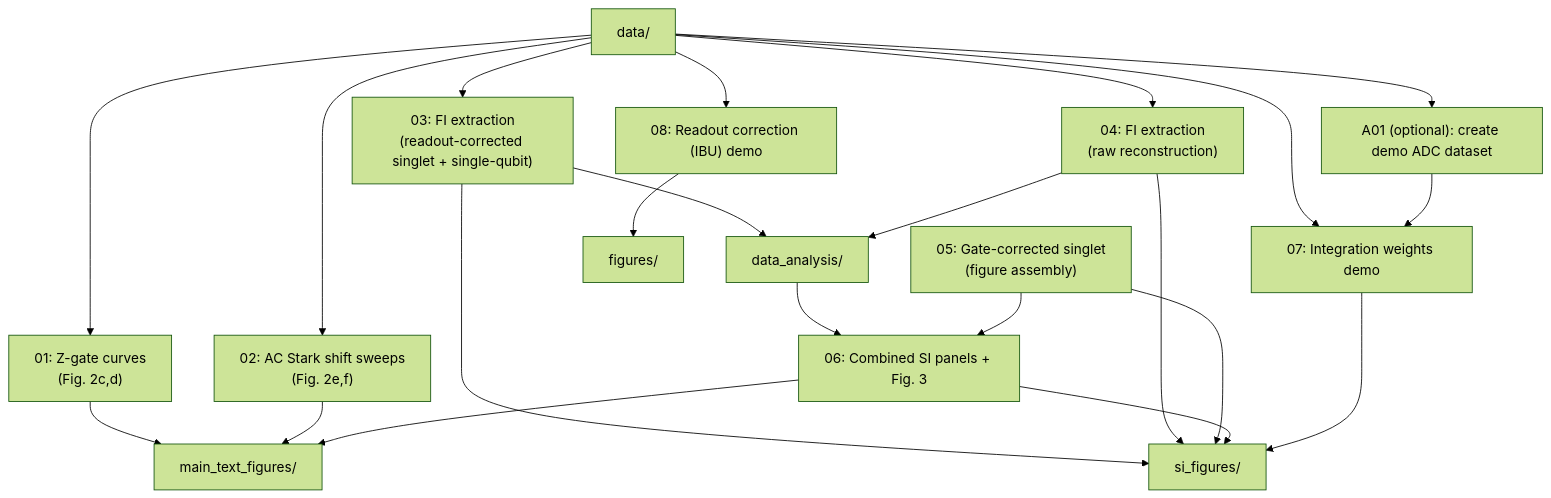
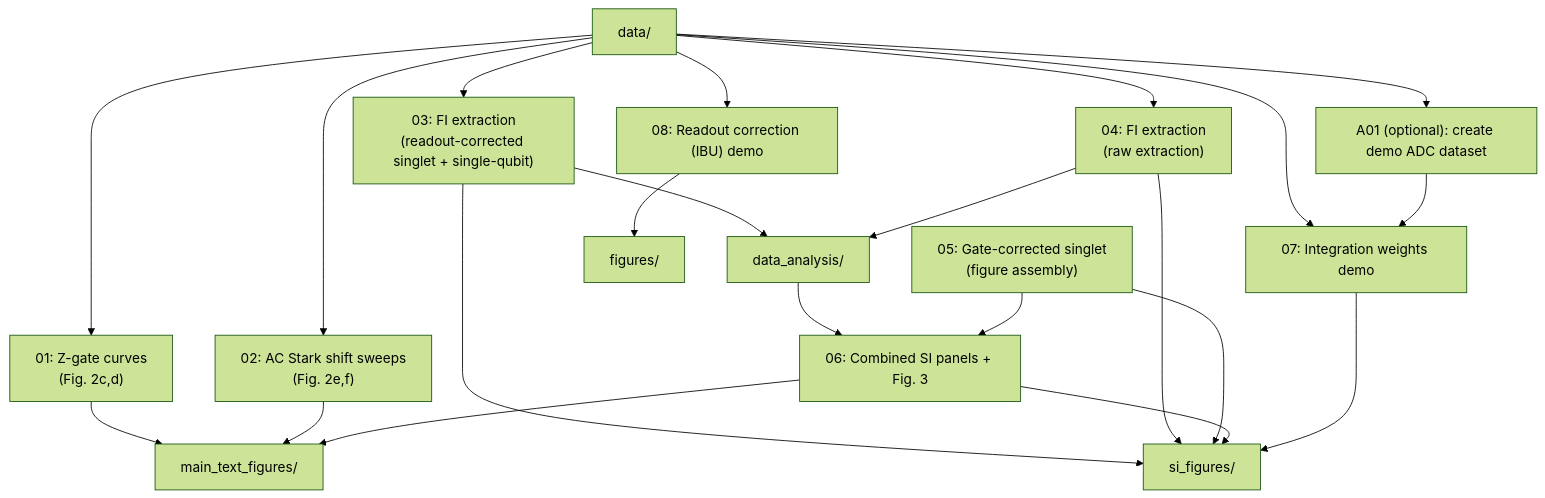
Before and after one commit to murchlab/positronium-sensing: the diagram in notebooks/README.md, drawn with Mermaid (forest theme). The commit also changed other lines of this file and 21 other files, not shown here.

````diff
--- a/notebooks/README.md
+++ b/notebooks/README.md
@@ -7,26 +7,26 @@
 ```mermaid
 flowchart TD
   data["`data/`"] --> nb01["01: Z-gate curves\n(Fig. 2c,d)"]
   data --> nb02["02: AC Stark shift sweeps\n(Fig. 2e,f)"]
   data --> nb03["03: FI extraction\n(readout-corrected singlet + single-qubit)"]
-  data --> nb04["04: FI extraction\n(raw reconstruction)"]
+  data --> nb04["04: FI extraction\n(raw extraction)"]
   data_analysis["`data_analysis/`"] --> nb06["06: Combined SI panels + Fig. 3"]
   nb03 --> data_analysis
   nb04 --> data_analysis
   nb05["05: Gate-corrected singlet\n(figure assembly)"] --> nb06
 
   data --> nb07["07: Integration weights demo"]
   data --> nb08["08: Readout correction (IBU) demo"]
   nbA01["A01 (optional): create demo ADC dataset"] --> nb07
   data --> nbA01
 
   nb01 --> main_text["`main_text_figures/`"]
   nb02 --> main_text
   nb06 --> main_text
   nb03 --> si["`si_figures/`"]
   nb04 --> si
   nb05 --> si
   nb06 --> si
   nb07 --> si
   nb08 --> figures["`figures/`"]
 ```
````
